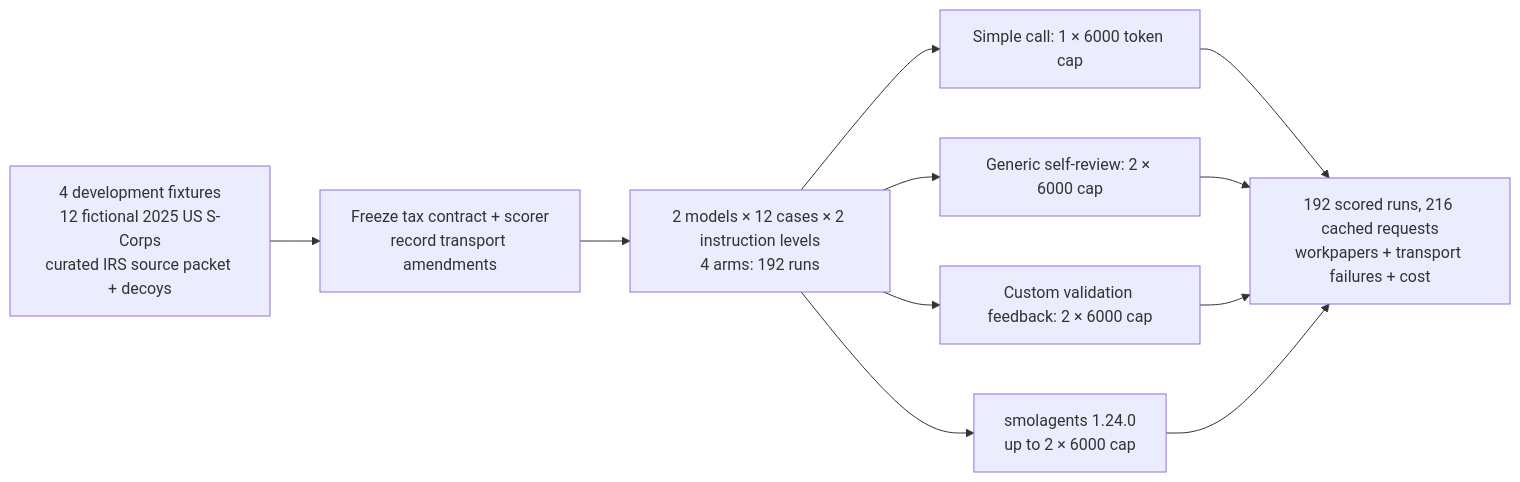
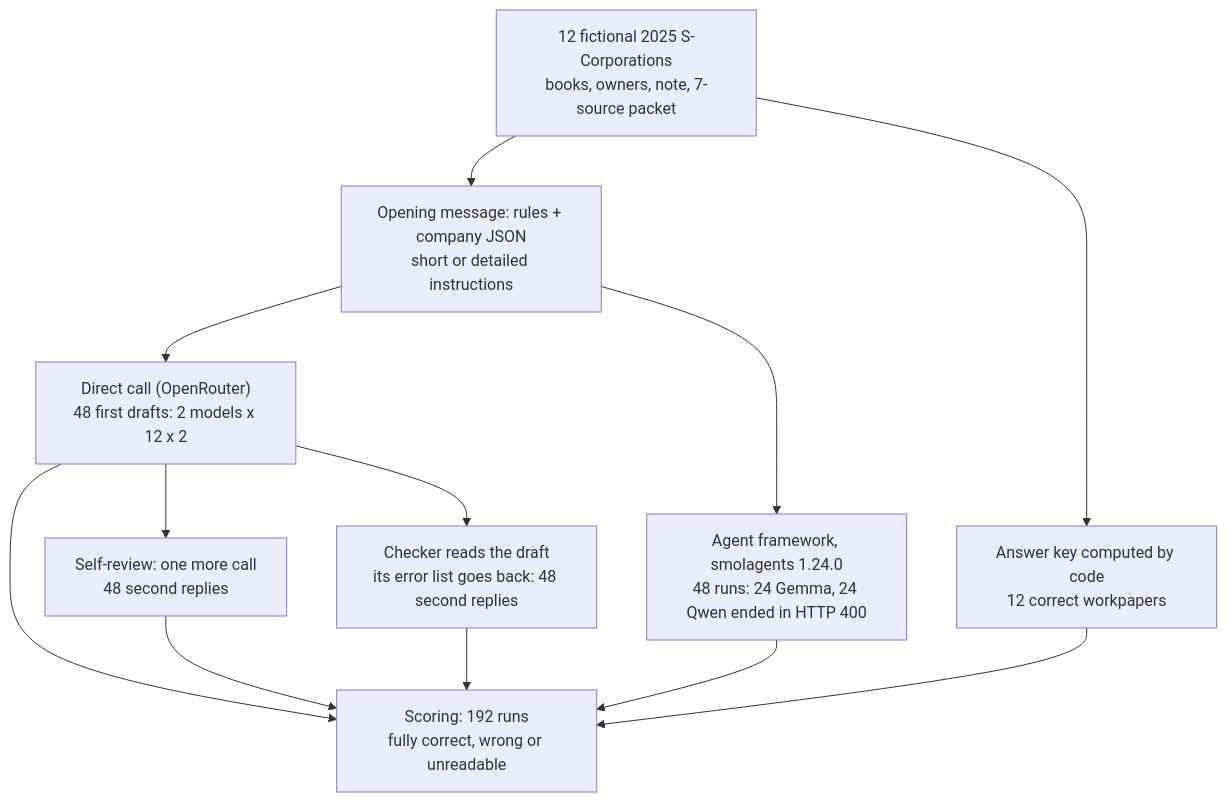
The first of 2 diagrams in notebooks/12-tax-research-harnesses/README.md (k-sandhu/experiment-notebooks), drawn with Mermaid before and after one commit. The commit also changed other lines of this file and 3 other files, not shown here.

````diff
--- a/notebooks/12-tax-research-harnesses/README.md
+++ b/notebooks/12-tax-research-harnesses/README.md
@@ -48,13 +137,14 @@
 ```mermaid
-flowchart LR
- D["4 development fixtures<br/>12 fictional 2025 US S-Corps<br/>curated IRS source packet + decoys"] --> F["Freeze tax contract + scorer<br/>record transport amendments"]
- F --> A["2 models × 12 cases × 2 instruction levels<br/>4 arms: 192 runs"]
- A --> S["Simple call: 1 × 6000 token cap"]
- A --> G["Generic self-review: 2 × 6000 cap"]
- A --> C["Custom validation feedback: 2 × 6000 cap"]
- A --> O["smolagents 1.24.0<br/>up to 2 × 6000 cap"]
- S --> R["192 scored runs, 216 cached requests<br/>workpapers + transport failures + cost"]
- G --> R
- C --> R
- O --> R
+flowchart TD
+    A["12 fictional 2025 S-Corporations<br/>books, owners, note, 7-source packet"] --> K["Answer key computed by code<br/>12 correct workpapers"]
+    A --> P["Opening message: rules + company JSON<br/>short or detailed instructions"]
+    P --> D["Direct call (OpenRouter)<br/>48 first drafts: 2 models x 12 x 2"]
+    D --> SR["Self-review: one more call<br/>48 second replies"]
+    D --> CK["Checker reads the draft<br/>its error list goes back: 48 second replies"]
+    P --> F["Agent framework, smolagents 1.24.0<br/>48 runs: 24 Gemma, 24 Qwen ended in HTTP 400"]
+    D --> S["Scoring: 192 runs<br/>fully correct, wrong or unreadable"]
+    SR --> S
+    CK --> S
+    F --> S
+    K --> S
 ```
````
